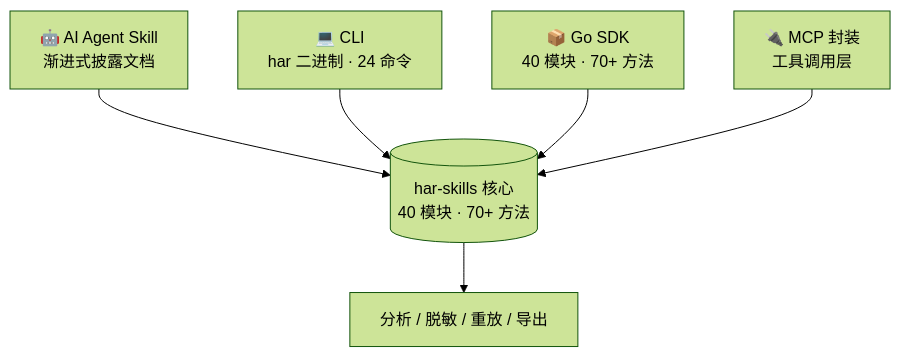
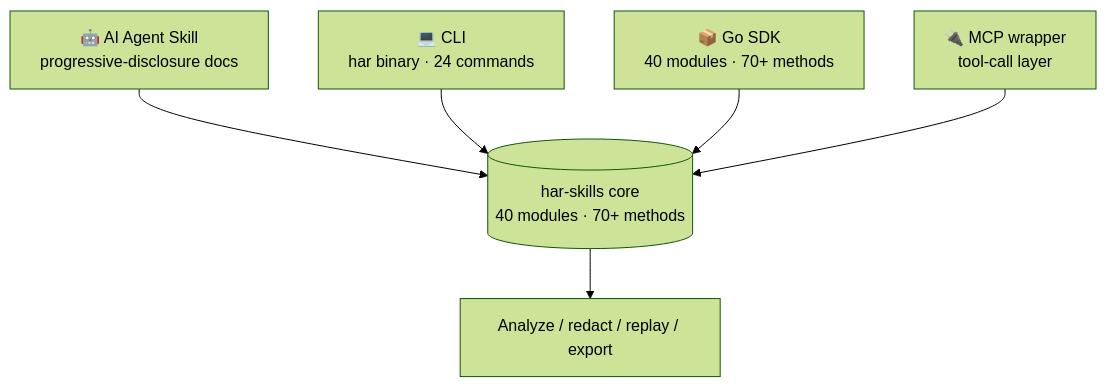
The second of 2 diagrams in website/zh/overview.md (hitechcloud-vietnam/har-skills), drawn with Mermaid (forest theme) before and after one commit. The commit also changed other lines of this file and 97 other files, not shown here.

````diff
--- a/website/zh/overview.md
+++ b/website/zh/overview.md
@@ -112,13 +112,13 @@
 ```mermaid
 flowchart TD
-  C[("har-skills 核心<br/>40 模块 · 70+ 方法")]
-  S["🤖 AI Agent Skill<br/>渐进式披露文档"]
-  CLI["💻 CLI<br/>har 二进制 · 24 命令"]
-  SDK["📦 Go SDK<br/>40 模块 · 70+ 方法"]
-  MCP["🔌 MCP 封装<br/>工具调用层"]
+  C[("har-skills core<br/>40 modules · 70+ methods")]
+  S["🤖 AI Agent Skill<br/>progressive-disclosure docs"]
+  CLI["💻 CLI<br/>har binary · 24 commands"]
+  SDK["📦 Go SDK<br/>40 modules · 70+ methods"]
+  MCP["🔌 MCP wrapper<br/>tool-call layer"]
   S --> C
   CLI --> C
   SDK --> C
   MCP --> C
-  C --> O["分析 / 脱敏 / 重放 / 导出"]
+  C --> O["Analyze / redact / replay / export"]
 ```
````
